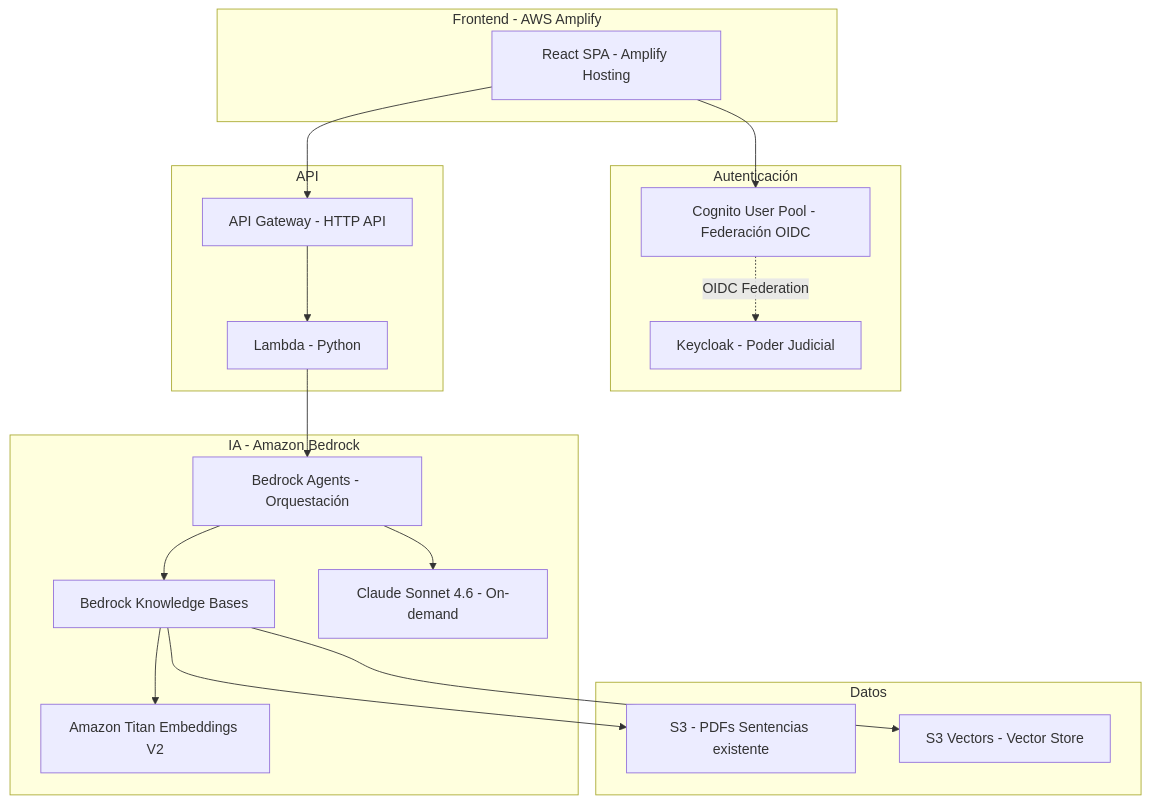
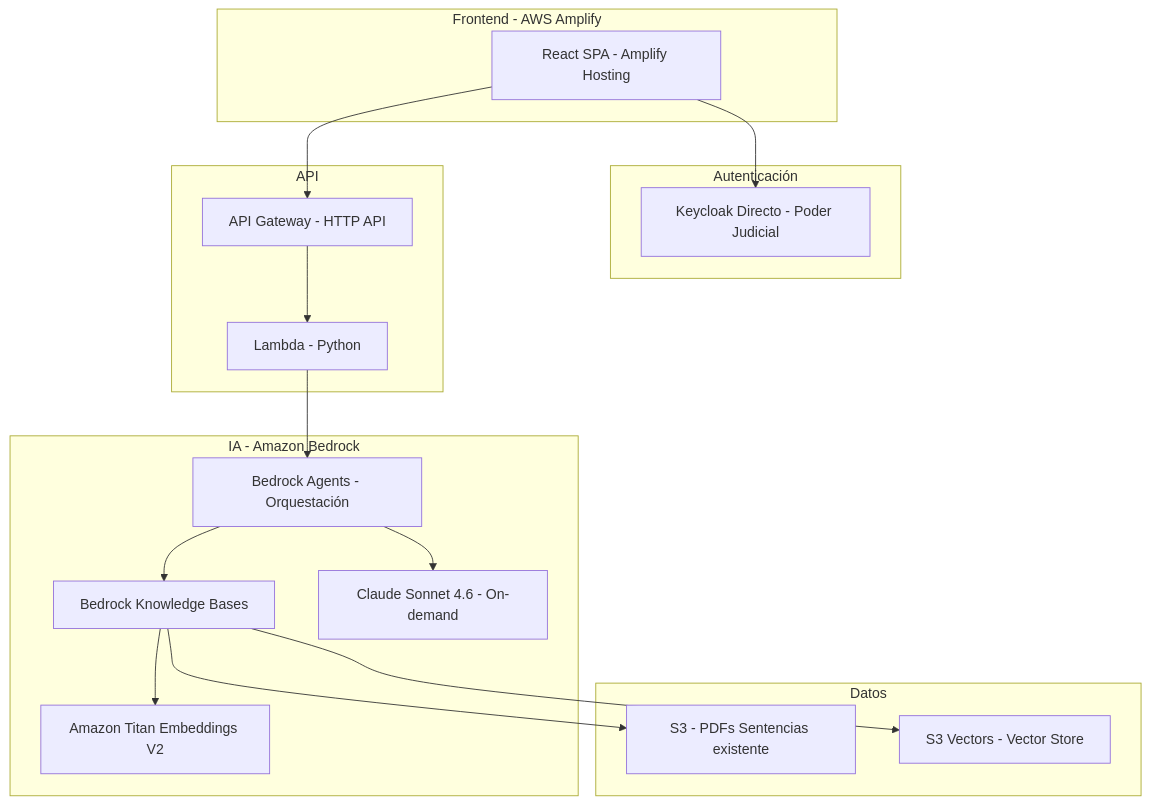
Before and after one commit to Poder-Judicial-de-Mendoza/juris-mza: the first of 7 diagrams in .kiro/specs/jurisprudencia-mendoza-aws/design.md, drawn with Mermaid. The commit also changed other lines of this file and 6 other files, not shown here.

````diff
--- a/.kiro/specs/jurisprudencia-mendoza-aws/design.md
+++ b/.kiro/specs/jurisprudencia-mendoza-aws/design.md
@@ -28,39 +28,37 @@
 ```mermaid
 graph TD
     subgraph "Frontend - AWS Amplify"
         PORTAL[React SPA - Amplify Hosting]
     end
 
     subgraph "Autenticación"
-        KEYCLOAK[Keycloak - Poder Judicial]
-        COGNITO[Cognito User Pool - Federación OIDC]
+        KEYCLOAK[Keycloak Directo - Poder Judicial]
     end
 
     subgraph "API"
         APIGW[API Gateway - HTTP API]
         LAMBDA[Lambda - Python]
     end
 
     subgraph "IA - Amazon Bedrock"
         KB[Bedrock Knowledge Bases]
         CLAUDE[Claude Sonnet 4.6 - On-demand]
         EMBED[Amazon Titan Embeddings V2]
         AGENTS[Bedrock Agents - Orquestación]
     end
 
     subgraph "Datos"
         S3[S3 - PDFs Sentencias existente]
         S3V[S3 Vectors - Vector Store]
     end
 
-    PORTAL --> COGNITO
-    COGNITO -.->|OIDC Federation| KEYCLOAK
+    PORTAL --> KEYCLOAK
     PORTAL --> APIGW
     APIGW --> LAMBDA
     LAMBDA --> AGENTS
     AGENTS --> KB
     AGENTS --> CLAUDE
     KB --> EMBED
     KB --> S3V
     KB --> S3
 ```
````
